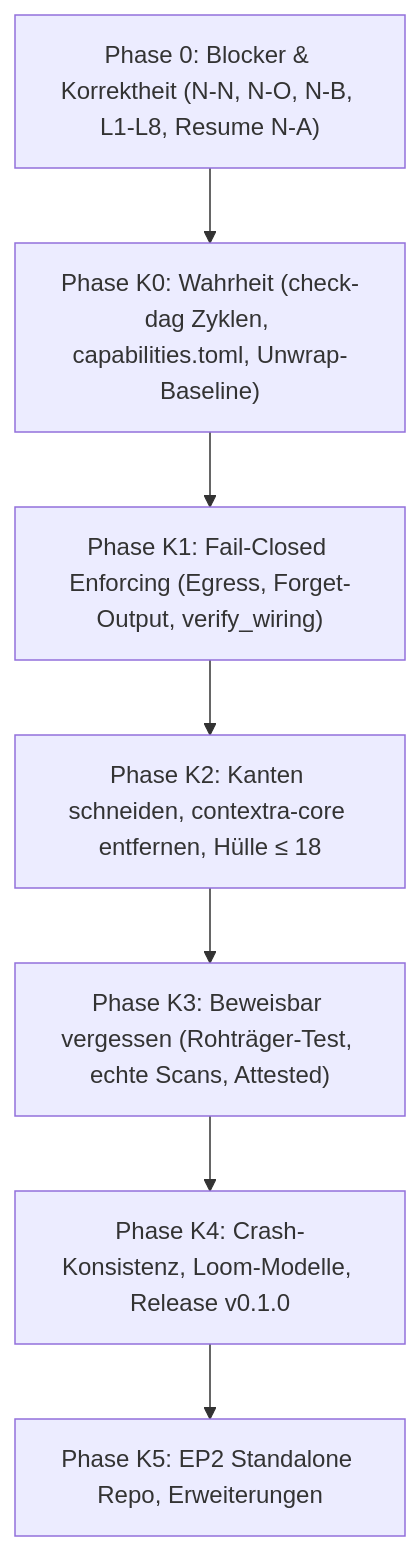
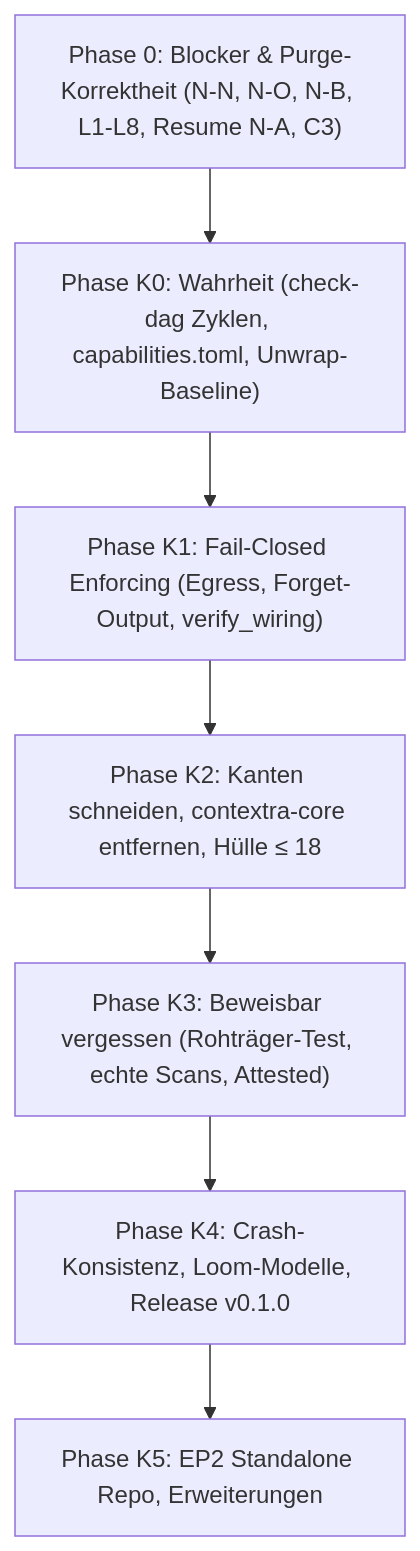
One commit to tfufuz1/contextra changed the third of 3 diagrams in docs/ARCHITECTURE_PLAN_v1.md. Above: the diagram before and after it, drawn with Mermaid. The commit also changed other lines of this file and 3 other files, not shown here.

````diff
--- a/docs/ARCHITECTURE_PLAN_v1.md
+++ b/docs/ARCHITECTURE_PLAN_v1.md
@@ -620,10 +951,10 @@
 ```mermaid
 flowchart TD
-    P0["Phase 0: Blocker & Korrektheit (N-N, N-O, N-B, L1-L8, Resume N-A)"] --> K0
+    P0["Phase 0: Blocker & Purge-Korrektheit (N-N, N-O, N-B, L1-L8, Resume N-A, C3)"] --> K0
     K0["Phase K0: Wahrheit (check-dag Zyklen, capabilities.toml, Unwrap-Baseline)"] --> K1
     K1["Phase K1: Fail-Closed Enforcing (Egress, Forget-Output, verify_wiring)"] --> K2
     K2["Phase K2: Kanten schneiden, contextra-core entfernen, Hülle ≤ 18"] --> K3
     K3["Phase K3: Beweisbar vergessen (Rohträger-Test, echte Scans, Attested)"] --> K4
     K4["Phase K4: Crash-Konsistenz, Loom-Modelle, Release v0.1.0"] --> K5
     K5["Phase K5: EP2 Standalone Repo, Erweiterungen"]
 ```
````
